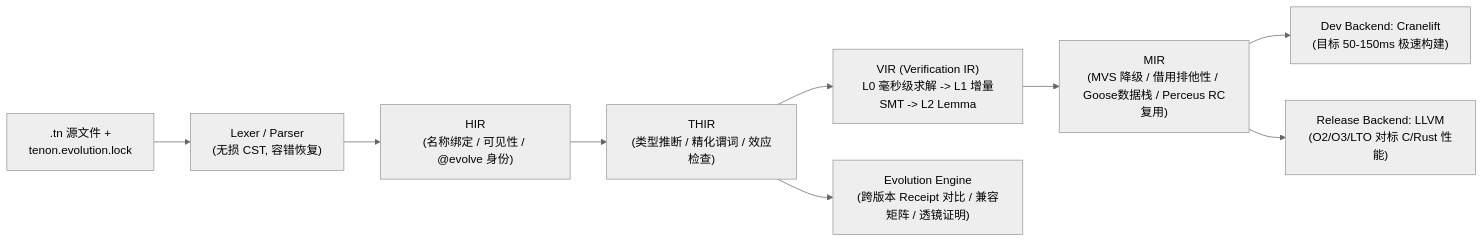
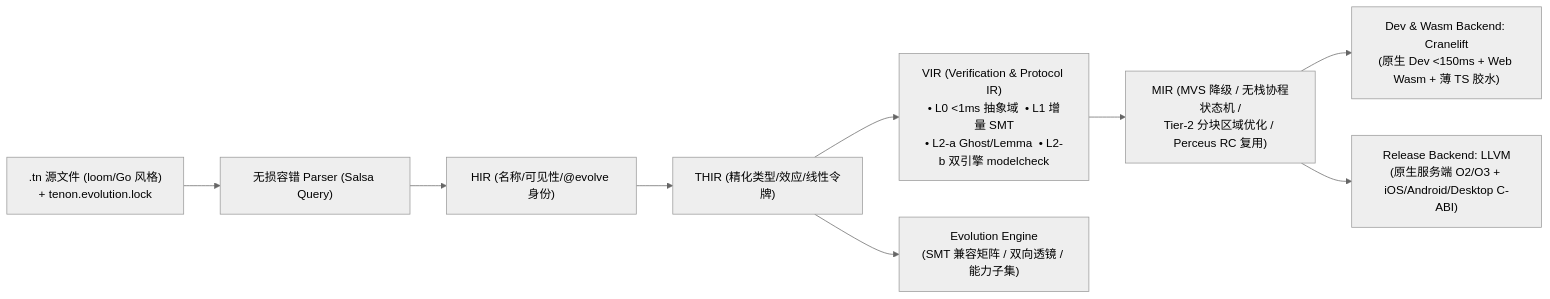
The second of 2 diagrams in docs/05-memory-concurrency-and-compiler-architecture.md (cpunion/tenon-lang), drawn with Mermaid (neutral theme) before and after one commit. The commit also changed other lines of this file and 7 other files, not shown here.

Commit message:
docs: finalize ADR-0001 with all 13 locked architecture decisions and align syntax/memory/modelcheck specs

````diff
--- a/docs/05-memory-concurrency-and-compiler-architecture.md
+++ b/docs/05-memory-concurrency-and-compiler-architecture.md
@@ -109,11 +75,11 @@
 ```mermaid
 flowchart LR
-    SRC[".tn 源文件 +\ntenon.evolution.lock"] --> LEX["Lexer / Parser\n(无损 CST, 容错恢复)"]
-    LEX --> HIR["HIR\n(名称绑定 / 可见性 / @evolve 身份)"]
-    HIR --> THIR["THIR\n(类型推断 / 精化谓词 / 效应检查)"]
-    THIR --> VIR["VIR (Verification IR)\nL0 毫秒级求解 -> L1 增量SMT -> L2 Lemma"]
-    THIR --> EVO["Evolution Engine\n(跨版本 Receipt 对比 / 兼容矩阵 / 透镜证明)"]
-    VIR --> MIR["MIR\n(MVS 降级 / 借用排他性 / Goose数据栈 / Perceus RC复用)"]
-    MIR --> DEV["Dev Backend: Cranelift\n(目标 50-150ms 极速构建)"]
-    MIR --> REL["Release Backend: LLVM\n(O2/O3/LTO 对标 C/Rust 性能)"]
+    SRC[".tn 源文件 (loom/Go 风格)\n+ tenon.evolution.lock"] --> LEX["无损容错 Parser (Salsa Query)"]
+    LEX --> HIR["HIR (名称/可见性/@evolve 身份)"]
+    HIR --> THIR["THIR (精化类型/效应/线性令牌)"]
+    THIR --> VIR["VIR (Verification & Protocol IR)\n• L0 <1ms 抽象域  • L1 增量 SMT\n• L2-a Ghost/Lemma  • L2-b 双引擎 modelcheck"]
+    THIR --> EVO["Evolution Engine\n(SMT 兼容矩阵 / 双向透镜 / 能力子集)"]
+    VIR --> MIR["MIR (MVS 降级 / 无栈协程状态机 /\nTier-2 分块区域优化 / Perceus RC 复用)"]
+    MIR --> DEV["Dev & Wasm Backend: Cranelift\n(原生 Dev <150ms + Web Wasm + 薄 TS 胶水)"]
+    MIR --> REL["Release Backend: LLVM\n(原生服务端 O2/O3 + iOS/Android/Desktop C-ABI)"]
 ```
````
